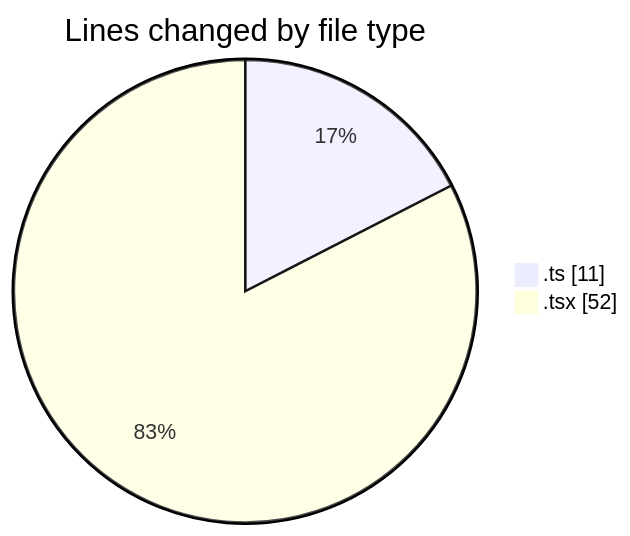
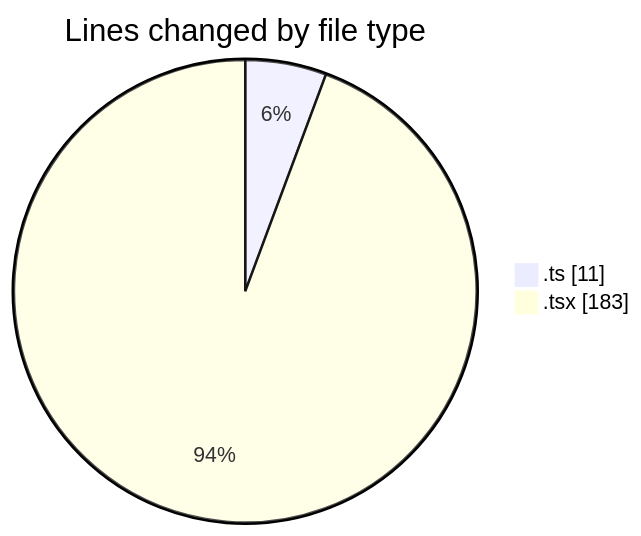
Before and after one commit to momahboobian/code-tracking: the first of 2 diagrams in 2025-03-21/cda/README.md, drawn with Mermaid. The commit also changed other lines of this file and 1 other file, not shown here.

````diff
--- a/2025-03-21/cda/README.md
+++ b/2025-03-21/cda/README.md
@@ -21,6 +22,6 @@
 ```mermaid
 pie showData
 title Lines changed by file type
 ".ts" : 11
-".tsx" : 52
+".tsx" : 183
 ```
````
